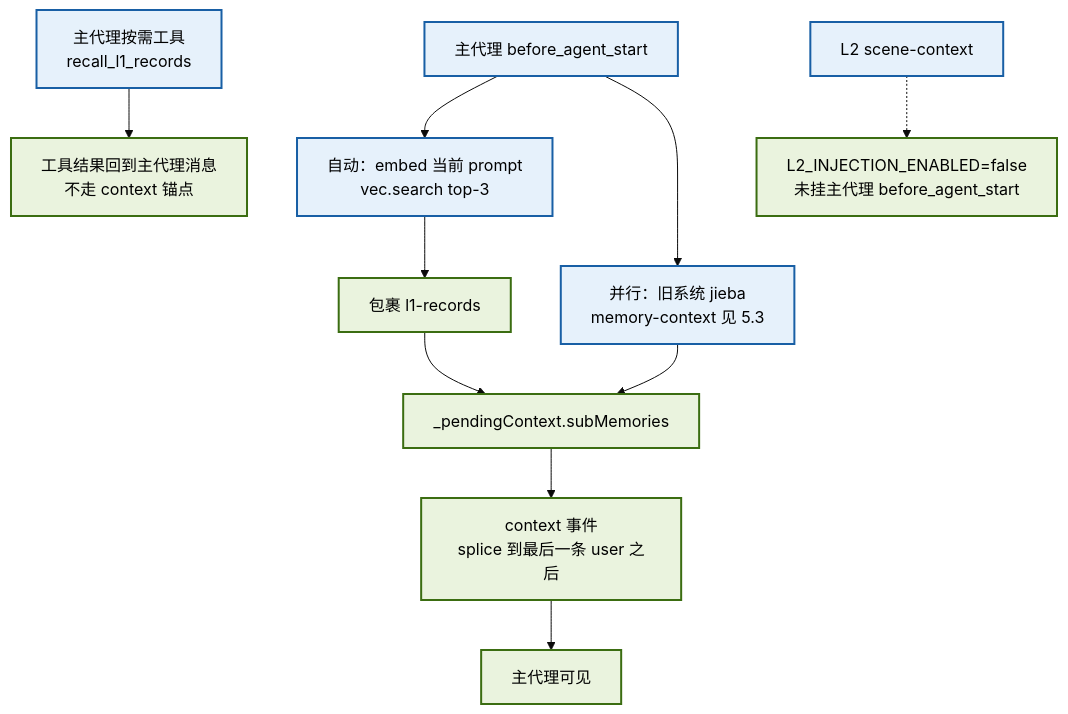
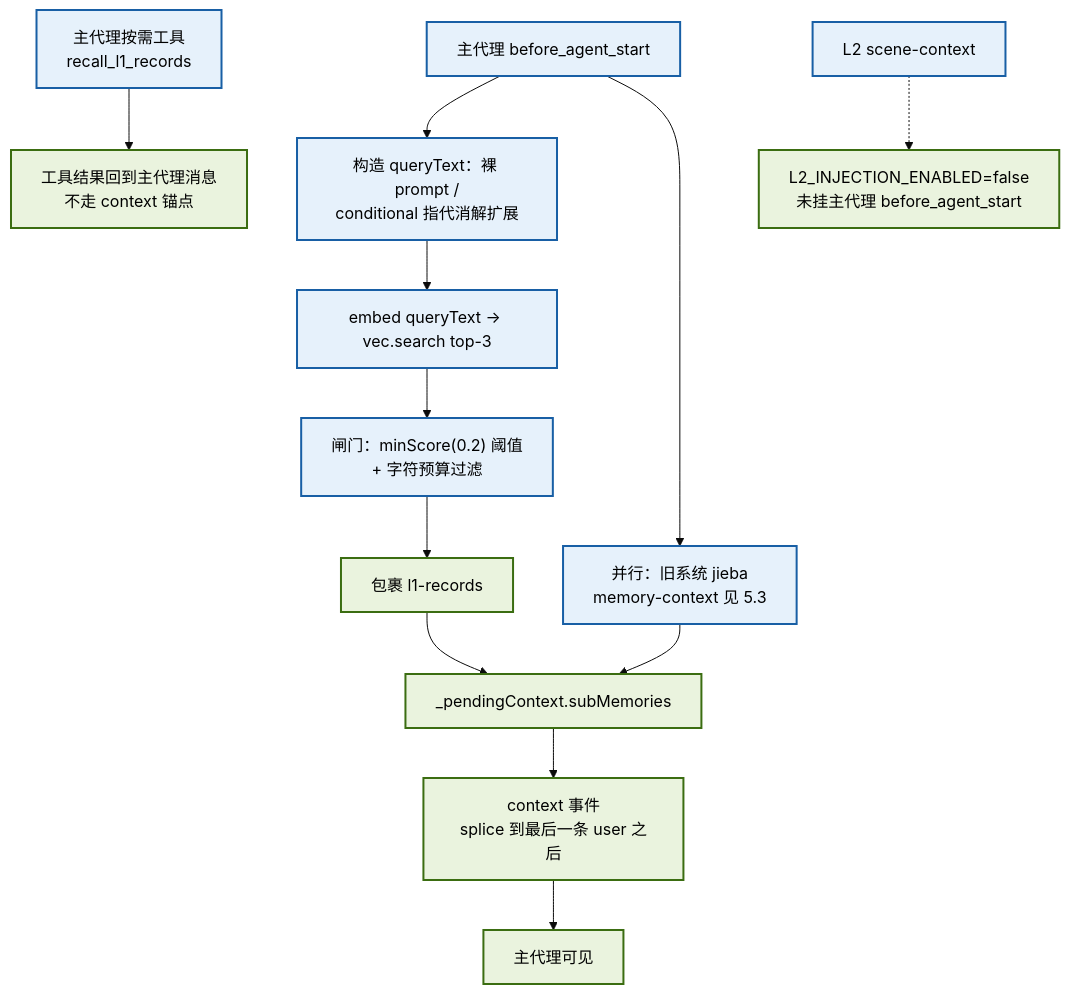
One commit to yinwenyuan28-afk/pi-memory-system changed the sixth of 7 diagrams in 记忆系统架构说明.md. Above: the diagram before and after it, drawn with Mermaid (base theme). The commit also changed other lines of this file and 18 other files, not shown here.

````diff
--- a/记忆系统架构说明.md
+++ b/记忆系统架构说明.md
@@ -401,21 +416,23 @@
 ```mermaid
 flowchart TD
     classDef blue fill:#E6F1FB,stroke:#185FA5,stroke-width:2px,color:#000
     classDef green fill:#EAF3DE,stroke:#3B6D11,stroke-width:2px,color:#000
 
     A["主代理 before_agent_start"]:::blue
-    A --> B["自动：embed 当前 prompt<br/>vec.search top-3"]:::blue
-    B --> C["包裹 l1-records"]:::green
+    A --> B["构造 queryText：裸 prompt /<br/>conditional 指代消解扩展"]:::blue
+    B --> B2["embed queryText → vec.search top-3"]:::blue
+    B2 --> B3["闸门：minScore(0.2) 阈值<br/>+ 字符预算过滤"]:::blue
+    B3 --> C["包裹 l1-records"]:::green
     C --> D["_pendingContext.subMemories"]:::green
     D --> E["context 事件<br/>splice 到最后一条 user 之后"]:::green
     E --> F["主代理可见"]:::green
 
     A --> G["并行：旧系统 jieba<br/>memory-context 见 5.3"]:::blue
     G --> D
 
     H["主代理按需工具<br/>recall_l1_records"]:::blue
     H --> I["工具结果回到主代理消息<br/>不走 context 锚点"]:::green
 
     J["L2 scene-context"]:::blue
     J -.-> K["L2_INJECTION_ENABLED=false<br/>未挂主代理 before_agent_start"]:::green
 ```
````
